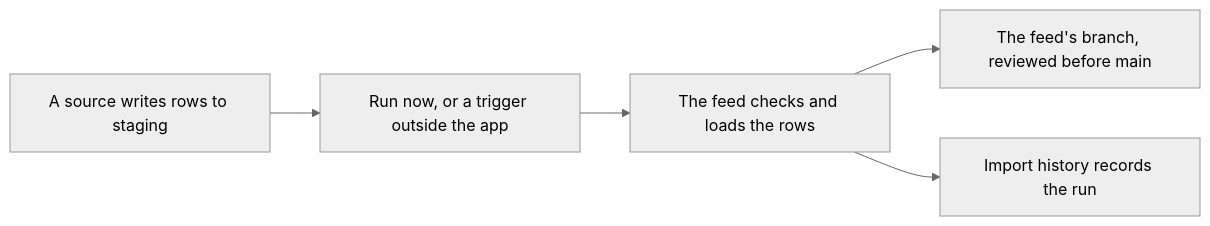
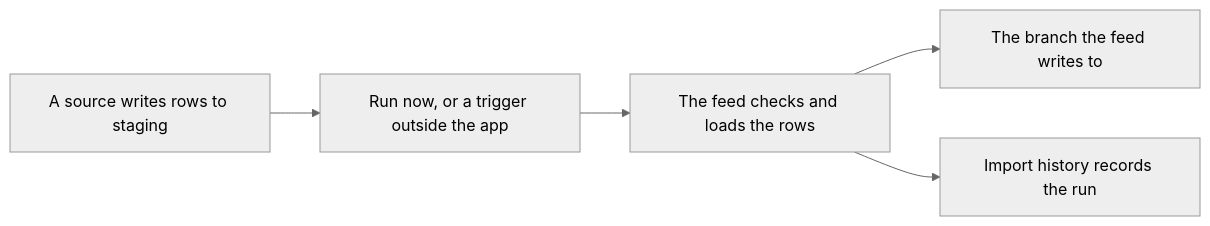
One commit to roanboc/dbx-enterprise-architecture changed the diagram in docs/guide/screens/feeds.md. Above: the diagram before and after it, drawn with Mermaid (neutral theme). The commit also changed other lines of this file and 13 other files, not shown here.

First line of the commit message:
docs(guide): every screen's help checked against the code, and the product drawn in one plain flow

````diff
--- a/docs/guide/screens/feeds.md
+++ b/docs/guide/screens/feeds.md
@@ -36,7 +37,7 @@
 ```mermaid
 flowchart LR
   a["A source writes rows to staging"] --> b["Run now, or a trigger outside the app"]
   b --> c["The feed checks and loads the rows"]
-  c --> d["The feed's branch, reviewed before main"]
+  c --> d["The branch the feed writes to"]
   c --> e["Import history records the run"]
 ```
````
